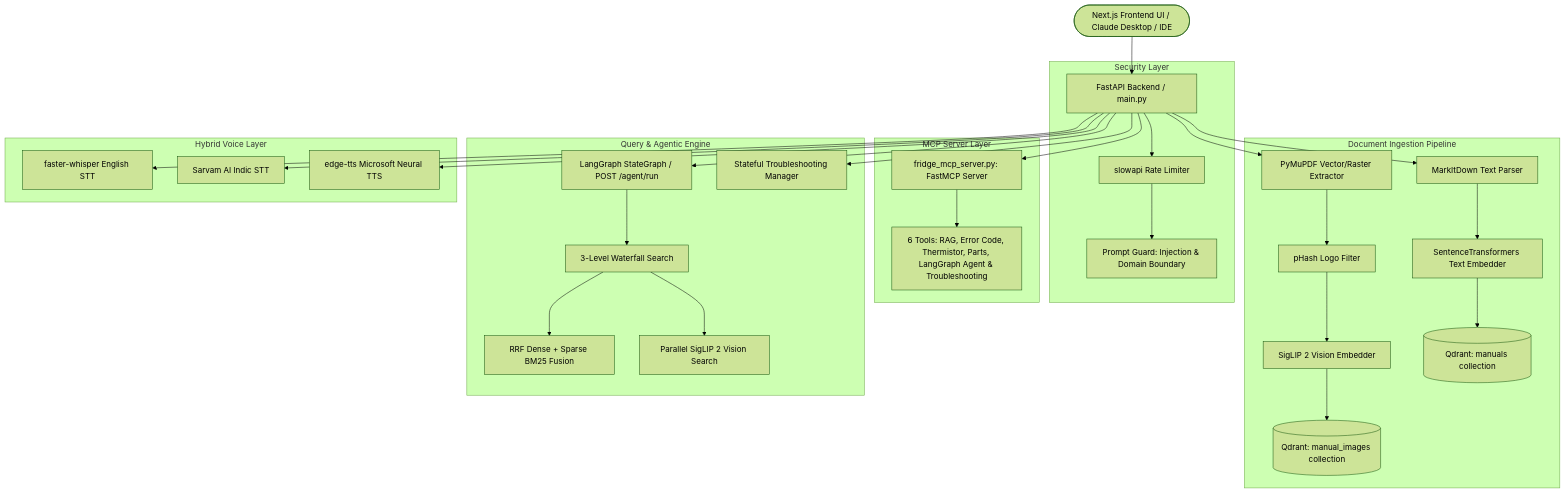
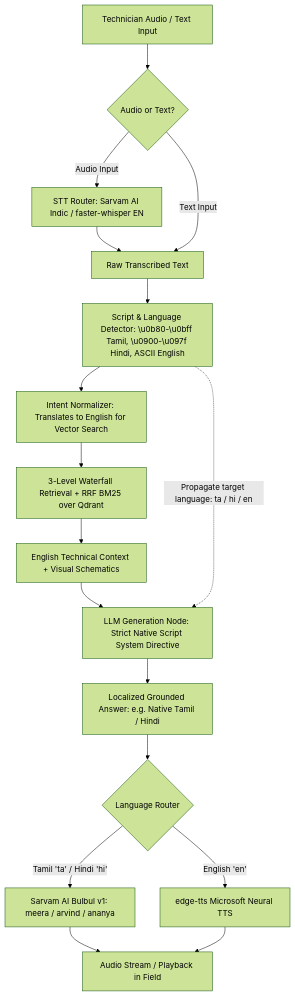
Before and after one commit to Santhosh-p653/rag-multimodal-assistant: the diagram in README.md, drawn with Mermaid (forest theme). The commit also changed other lines of this file and 5 other files, not shown here.

````diff
--- a/README.md
+++ b/README.md
@@ -107,38 +55,26 @@
 ```mermaid
-graph TD
-    Client([Next.js Frontend UI / Claude Desktop / IDE]) --> API[FastAPI Backend / main.py]
-
-    subgraph Security Layer
-        API --> RateLimiter[slowapi Rate Limiter]
-        RateLimiter --> PromptGuard[Prompt Guard: Injection & Domain Boundary]
-    end
-
-    subgraph MCP Server Layer
-        API --> MCPServer[fridge_mcp_server.py: FastMCP Server]
-        MCPServer --> MCPTools[6 Tools: RAG, Error Code, Thermistor, Parts, LangGraph Agent & Troubleshooting]
-    end
-
-    subgraph Document Ingestion Pipeline
-        API --> MarkItDown[MarkItDown Text Parser]
-        API --> PyMuPDF[PyMuPDF Vector/Raster Extractor]
-        PyMuPDF --> pHash[pHash Logo Filter]
-        pHash --> SigLIPIngest[SigLIP 2 Vision Embedder]
-        MarkItDown --> TextEmbedder[SentenceTransformers Text Embedder]
-        TextEmbedder --> QdrantText[(Qdrant: manuals collection)]
-        SigLIPIngest --> QdrantImg[(Qdrant: manual_images collection)]
-    end
-
-    subgraph Query & Agentic Engine
-        API --> LangGraphEngine[LangGraph StateGraph / POST /agent/run]
-        API --> TroubleshootEngine[Stateful Troubleshooting Manager]
-        LangGraphEngine --> HierarchicalSearch[3-Level Waterfall Search]
-        HierarchicalSearch --> RRF[RRF Dense + Sparse BM25 Fusion]
-        HierarchicalSearch --> ParallelVision[Parallel SigLIP 2 Vision Search]
-    end
-
-    subgraph Hybrid Voice Layer
-        API --> Whisper[faster-whisper English STT]
-        API --> Sarvam[Sarvam AI Indic STT]
-        API --> EdgeTTS[edge-tts Microsoft Neural TTS]
-    end
+flowchart TD
+    UserVoice[Technician Audio / Text Input] --> STTRouter{Audio or Text?}
+    
+    STTRouter -->|Audio Input| ASR[STT Router: Sarvam AI Indic / faster-whisper EN]
+    ASR --> RawText[Raw Transcribed Text]
+    STTRouter -->|Text Input| RawText
+    
+    RawText --> ScriptDetector[Script & Language Detector: \u0b80-\u0bff Tamil, \u0900-\u097f Hindi, ASCII English]
+    ScriptDetector --> Normalizer[Intent Normalizer: Translates to English for Vector Search]
+    
+    Normalizer --> WaterfallRAG[3-Level Waterfall Retrieval + RRF BM25 over Qdrant]
+    WaterfallRAG --> GroundedContext[English Technical Context + Visual Schematics]
+    
+    GroundedContext --> LocalizedGen[LLM Generation Node: Strict Native Script System Directive]
+    ScriptDetector -.->|Propagate target language: ta / hi / en| LocalizedGen
+    
+    LocalizedGen --> LocalizedAnswer[Localized Grounded Answer: e.g. Native Tamil / Hindi]
+    LocalizedAnswer --> TTSRouter{Language Router}
+    
+    TTSRouter -->|Tamil 'ta' / Hindi 'hi'| SarvamTTS[Sarvam AI Bulbul v1: meera / arvind / ananya]
+    TTSRouter -->|English 'en'| EdgeTTS[edge-tts Microsoft Neural TTS]
+    
+    SarvamTTS --> AudioOutput[Audio Stream / Playback in Field]
+    EdgeTTS --> AudioOutput
 ```
````
